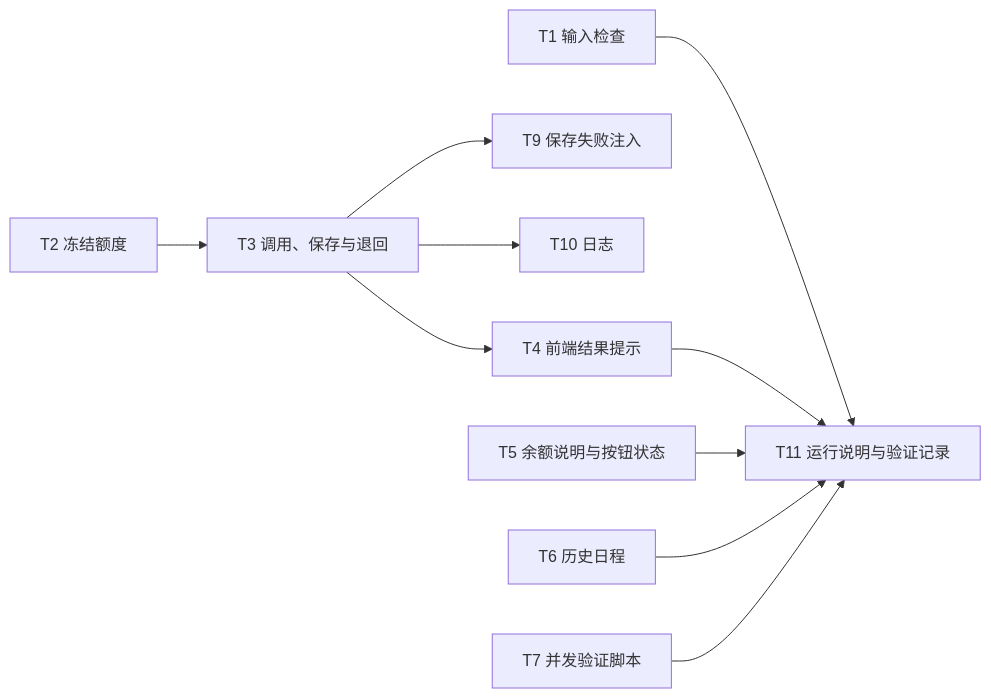
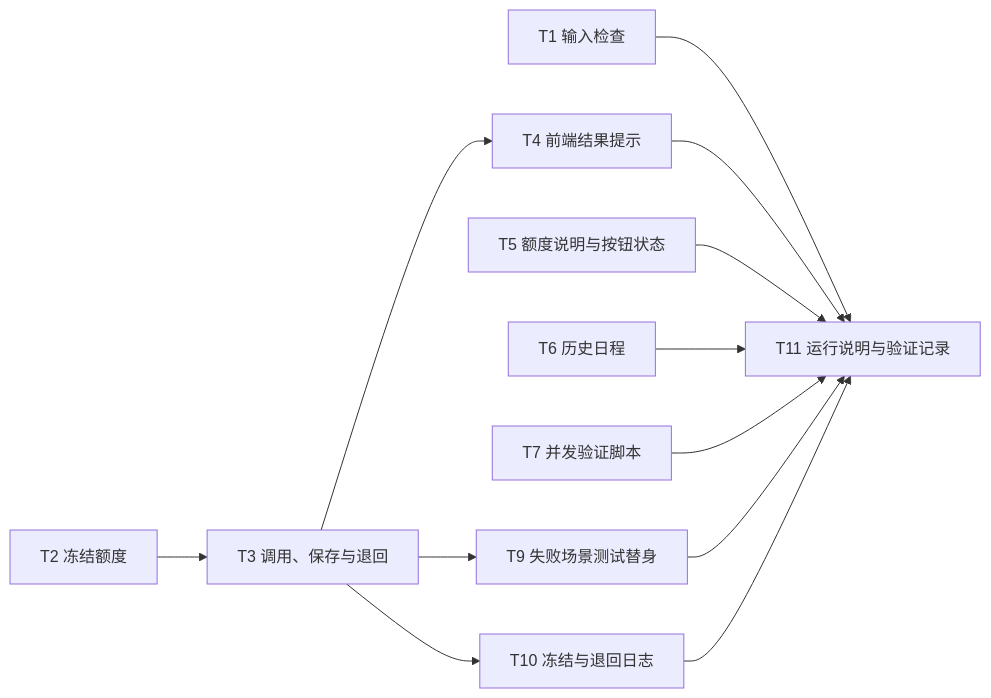
The diagram in docs/product/03-tasks.md (Wu030616/task-planner-interview), drawn with Mermaid before and after one commit. The commit also changed other lines of this file and 17 other files, not shown here.

````diff
--- a/docs/product/03-tasks.md
+++ b/docs/product/03-tasks.md
@@ -48,12 +52,14 @@
 ```mermaid
 flowchart LR
     T2[T2 冻结额度] --> T3[T3 调用、保存与退回]
     T3 --> T4[T4 前端结果提示]
-    T3 --> T9[T9 保存失败注入]
-    T3 --> T10[T10 日志]
+    T3 --> T9[T9 失败场景测试替身]
+    T3 --> T10[T10 冻结与退回日志]
     T1[T1 输入检查] --> T11[T11 运行说明与验证记录]
     T4 --> T11
-    T5[T5 余额说明与按钮状态] --> T11
+    T5[T5 额度说明与按钮状态] --> T11
     T6[T6 历史日程] --> T11
     T7[T7 并发验证脚本] --> T11
+    T9 --> T11
+    T10 --> T11
 ```
````
